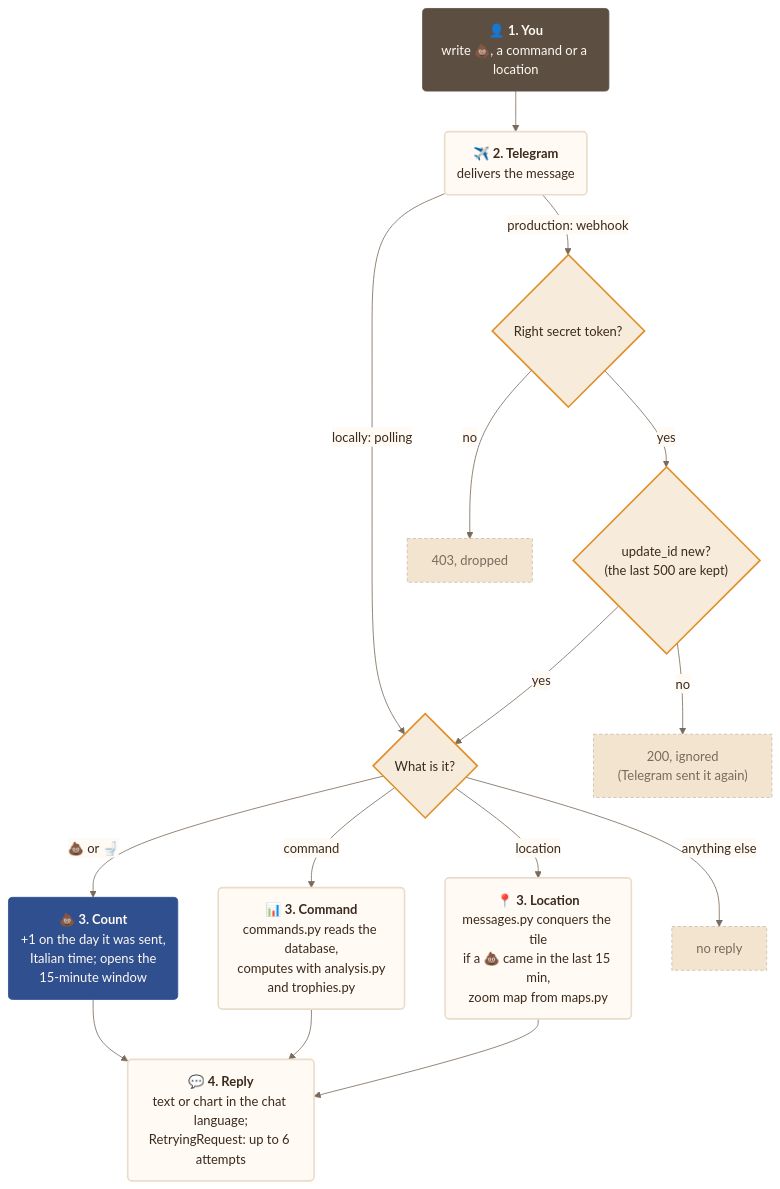
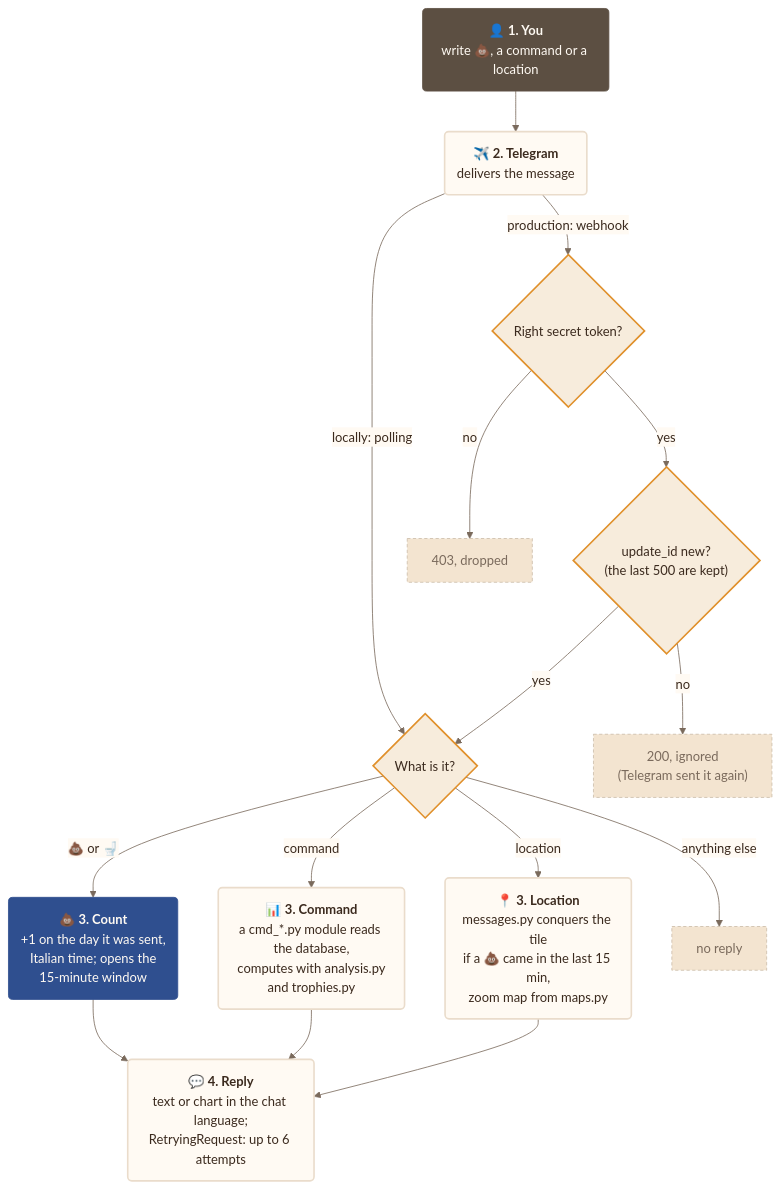
One commit to francescoperrino/Caccometro changed the fourth of 8 diagrams in docs/architecture.md. Above: the diagram before and after it, drawn with Mermaid. The commit also changed other lines of this file and 30 other files, not shown here.

Commit message:
Split commands.py into one module per area (#187)

````diff
--- a/docs/architecture.md
+++ b/docs/architecture.md
@@ -330,72 +364,72 @@
 ```mermaid
 ---
 config:
   theme: base
   themeVariables:
     fontFamily: "Nunito, Segoe UI, Roboto, sans-serif"
     primaryColor: "#fffaf3"
     primaryTextColor: "#3b2a1e"
     primaryBorderColor: "#eadccb"
     secondaryColor: "#f7ecdc"
     tertiaryColor: "#f3e4d0"
     lineColor: "#7a6a5c"
     textColor: "#3b2a1e"
     edgeLabelBackground: "#fffaf3"
     clusterBkg: "#f3e4d0"
     clusterBorder: "#cbbca9"
     titleColor: "#5c4f42"
     noteBkgColor: "#f7ecdc"
     noteTextColor: "#3b2a1e"
     actorBkg: "#fffaf3"
     actorBorder: "#5c4f42"
     actorTextColor: "#3b2a1e"
     signalColor: "#7a6a5c"
     signalTextColor: "#3b2a1e"
     labelBoxBkgColor: "#f3e4d0"
     loopTextColor: "#3b2a1e"
     sequenceNumberColor: "#fffaf3"
     xyChart:
       plotColorPalette: "#2f4f8f"
 ---
 flowchart TD
     accTitle: Path of a message
     accDescr: From Telegram to the reply, secret token, duplicate check, then a count, a command or a location
     you("👤 <b>1. You</b><br/>write 💩, a command or a location")
     tg("✈️ <b>2. Telegram</b><br/>delivers the message")
     secret{"Right secret token?"}
     seen{"update_id new?<br/>(the last 500 are kept)"}
     kind{"What is it?"}
     poop("💩 <b>3. Count</b><br/>+1 on the day it was sent,<br/>Italian time; opens the<br/>15-minute window")
-    cmd("📊 <b>3. Command</b><br/>commands.py reads the database,<br/>computes with analysis.py<br/>and trophies.py")
+    cmd("📊 <b>3. Command</b><br/>a cmd_*.py module reads the database,<br/>computes with analysis.py<br/>and trophies.py")
     loc("📍 <b>3. Location</b><br/>messages.py conquers the tile<br/>if a 💩 came in the last 15 min,<br/>zoom map from maps.py")
     reply("💬 <b>4. Reply</b><br/>text or chart in the chat language;<br/>RetryingRequest: up to 6 attempts")
     r403["403, dropped"]
     r200["200, ignored<br/>(Telegram sent it again)"]
     silent["no reply"]
     you --> tg
     tg -->|"production: webhook"| secret
     tg -->|"locally: polling"| kind
     secret -->|"no"| r403
     secret -->|"yes"| seen
     seen -->|"no"| r200
     seen -->|"yes"| kind
     kind -->|"💩 or 🚽"| poop
     kind -->|"command"| cmd
     kind -->|"location"| loc
     kind -->|"anything else"| silent
     poop --> reply
     cmd --> reply
     loc --> reply
     classDef step fill:#fffaf3,stroke:#eadccb,stroke-width:2px,color:#3b2a1e
     classDef main fill:#2f4f8f,stroke:#2f4f8f,color:#fffaf3
     classDef person fill:#5c4f42,stroke:#5c4f42,color:#fffaf3
     classDef check fill:#f7ecdc,stroke:#e0902b,stroke-width:2px,color:#3b2a1e
     classDef detail fill:#f7ecdc,stroke:#eadccb,color:#3b2a1e
     classDef alert fill:#e0902b,stroke:#e0902b,color:#3b2a1e
     classDef stop fill:#f3e4d0,stroke:#cbbca9,stroke-dasharray:4 3,color:#7a6a5c
     class you person
     class tg,cmd,loc,reply step
     class poop main
     class secret,seen,kind check
     class r403,r200,silent stop
 ```
````
